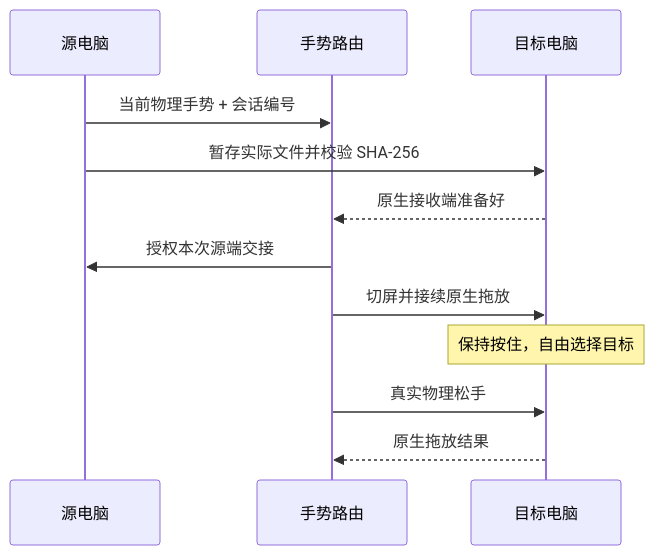
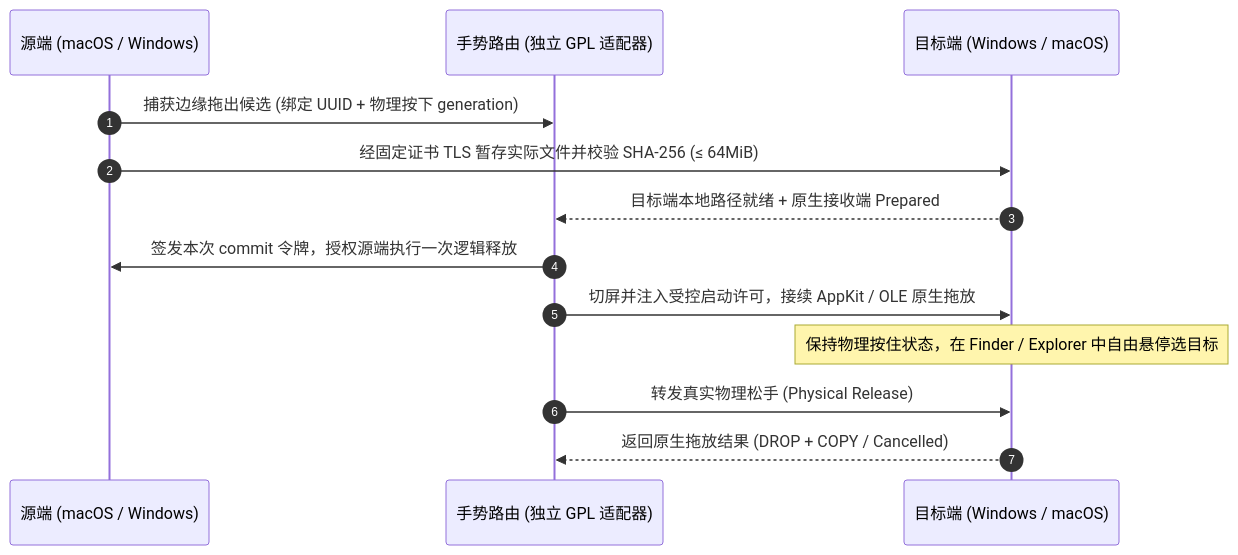
Before and after one commit to qwe12yuh/EdgeBridge: the diagram in README.md, drawn with Mermaid. The commit also changed other lines of this file and 2 other files, not shown here.

Commit message:
Redesign README and SVG technical diagrams

````diff
--- a/README.md
+++ b/README.md
@@ -51,14 +63,16 @@
 ```mermaid
 sequenceDiagram
-    participant A as 源电脑
-    participant R as 手势路由
-    participant B as 目标电脑
-    A->>R: 当前物理手势 + 会话编号
-    A->>B: 暂存实际文件并校验 SHA-256
-    B-->>R: 原生接收端准备好
-    R->>A: 授权本次源端交接
-    R->>B: 切屏并接续原生拖放
-    Note over B: 保持按住，自由选择目标
-    R->>B: 真实物理松手
-    B-->>R: 原生拖放结果
+    autonumber
+    participant A as 源端 (macOS / Windows)
+    participant R as 手势路由 (独立 GPL 适配器)
+    participant B as 目标端 (Windows / macOS)
+
+    A->>R: 捕获边缘拖出候选 (绑定 UUID + 物理按下 generation)
+    A->>B: 经固定证书 TLS 暂存实际文件并校验 SHA-256 (≤ 64MiB)
+    B-->>R: 目标端本地路径就绪 + 原生接收端 Prepared
+    R->>A: 签发本次 commit 令牌，授权源端执行一次逻辑释放
+    R->>B: 切屏并注入受控启动许可，接续 AppKit / OLE 原生拖放
+    Note over B: 保持物理按住状态，在 Finder / Explorer 中自由悬停选目标
+    R->>B: 转发真实物理松手 (Physical Release)
+    B-->>R: 返回原生拖放结果 (DROP + COPY / Cancelled)
 ```
````
